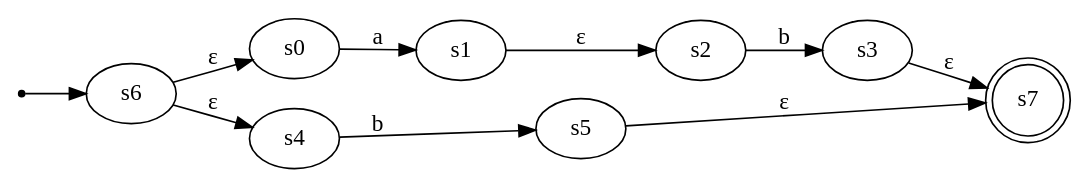
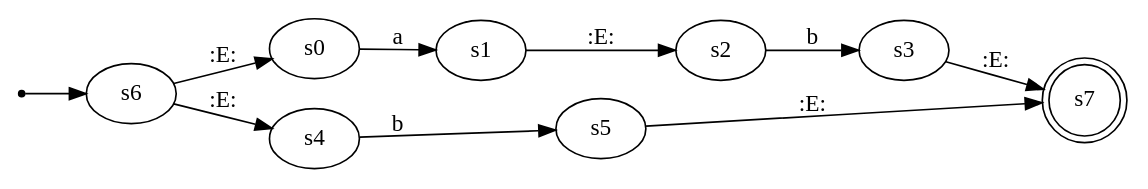
Before and after one commit to ahmetfurkaann/OtomataProje: the diagram in Graphviz.dot, drawn with Graphviz. The commit also changed 40 other files, not shown here.

```diff
--- a/Graphviz.dot
+++ b/Graphviz.dot
@@ -1,14 +1,14 @@
 digraph "graph" {
 rankdir = LR;
 start [shape=point]
 start -> s6
 s7[shape= doublecircle]
 s0 -> s1 [label= "a"]
 s2 -> s3 [label= "b"]
-s1 -> s2 [label= "ε"]
+s1 -> s2 [label= ":E:"]
 s4 -> s5 [label= "b"]
-s6 -> s0 [label= "ε"]
-s6 -> s4 [label= "ε"]
-s3 -> s7 [label= "ε"]
-s5 -> s7 [label= "ε"]
+s6 -> s0 [label= ":E:"]
+s6 -> s4 [label= ":E:"]
+s3 -> s7 [label= ":E:"]
+s5 -> s7 [label= ":E:"]
 }
```
